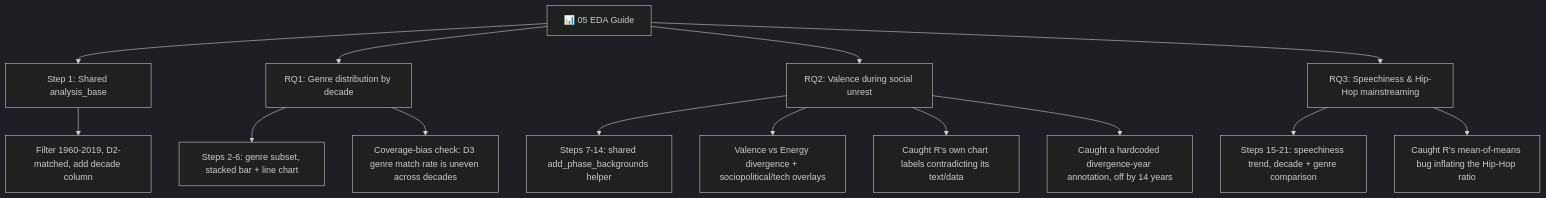
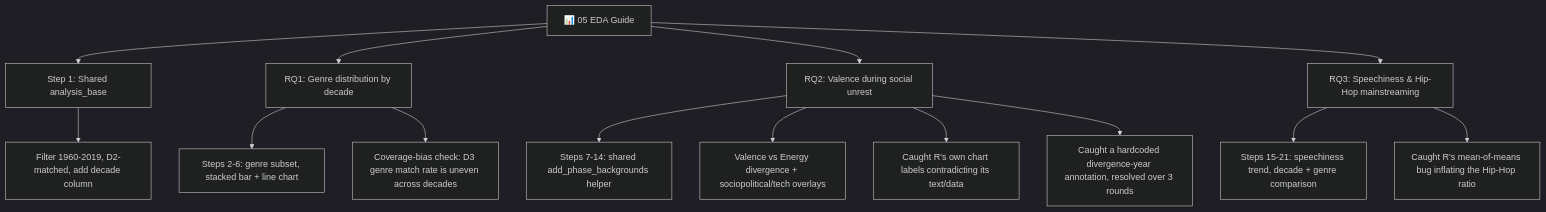
Before and after one commit to Vivian-be-nerd/FuWei-Portfolio: the diagram in pipeline-guides/05_EDA.md, drawn with Mermaid (dark theme). The commit also changed other lines of this file and 2 other files, not shown here.

First line of the commit message:
Move divergence annotation to Valence's Phase-2 local peak (1985)

````diff
--- a/pipeline-guides/05_EDA.md
+++ b/pipeline-guides/05_EDA.md
@@ -3,20 +3,20 @@
 ```mermaid
 flowchart TD
     A[📊 05 EDA Guide] --> B[Step 1: Shared analysis_base]
     A --> C[RQ1: Genre distribution by decade]
     A --> D[RQ2: Valence during social unrest]
     A --> E[RQ3: Speechiness & Hip-Hop mainstreaming]
 
     B --> B1[Filter 1960-2019, D2-matched, add decade column]
 
     C --> C1[Steps 2-6: genre subset, stacked bar + line chart]
     C --> C2[Coverage-bias check: D3 genre match rate is uneven across decades]
 
     D --> D1[Steps 7-14: shared add_phase_backgrounds helper]
     D --> D2[Valence vs Energy divergence + sociopolitical/tech overlays]
     D --> D3[Caught R's own chart labels contradicting its text/data]
-    D --> D4[Caught a hardcoded divergence-year annotation, off by 14 years]
+    D --> D4[Caught a hardcoded divergence-year annotation, resolved over 3 rounds]
 
     E --> E1[Steps 15-21: speechiness trend, decade + genre comparison]
     E --> E2[Caught R's mean-of-means bug inflating the Hip-Hop ratio]
 ```
````
